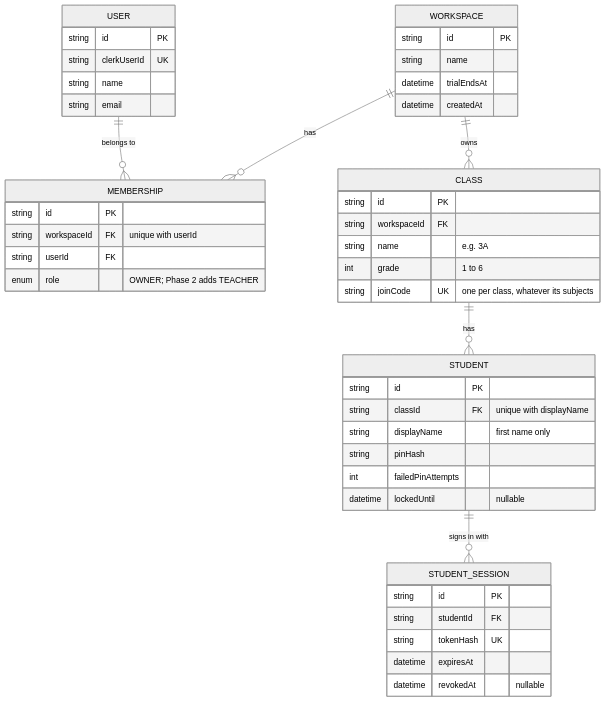
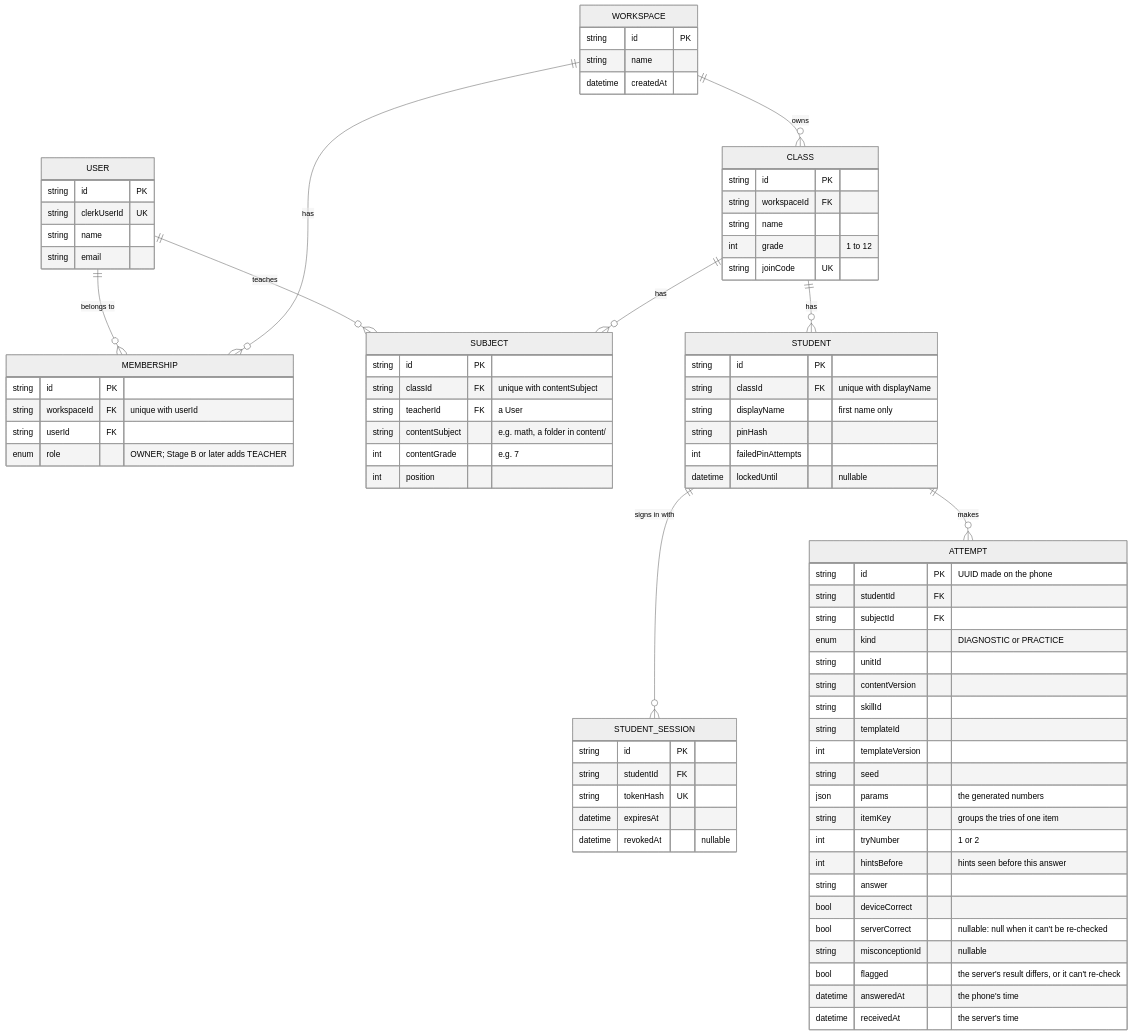
The second of 2 diagrams in docs/plan/02-architecture.md (Majed-RO/darsi), drawn with Mermaid (neutral theme) before and after one commit. The commit also changed other lines of this file and 3 other files, not shown here.

First line of the commit message:
docs: revise the architecture for Stage A (draft v3)

````diff
--- a/docs/plan/02-architecture.md
+++ b/docs/plan/02-architecture.md
@@ -119,49 +124,82 @@
 ```mermaid
 erDiagram
   USER ||--o{ MEMBERSHIP : "belongs to"
   WORKSPACE ||--o{ MEMBERSHIP : has
   WORKSPACE ||--o{ "CLASS" : owns
+  USER ||--o{ SUBJECT : teaches
+  "CLASS" ||--o{ SUBJECT : has
   "CLASS" ||--o{ STUDENT : has
   STUDENT ||--o{ STUDENT_SESSION : "signs in with"
+  STUDENT ||--o{ ATTEMPT : makes
 
   USER {
     string id PK
     string clerkUserId UK
     string name
     string email
   }
   WORKSPACE {
     string id PK
     string name
-    datetime trialEndsAt
     datetime createdAt
   }
   MEMBERSHIP {
     string id PK
     string workspaceId FK "unique with userId"
     string userId FK
-    enum role "OWNER; Phase 2 adds TEACHER"
+    enum role "OWNER; Stage B or later adds TEACHER"
   }
   "CLASS" {
     string id PK
     string workspaceId FK
-    string name "e.g. 3A"
-    int grade "1 to 6"
-    string joinCode UK "one per class, whatever its subjects"
+    string name
+    int grade "1 to 12"
+    string joinCode UK
+  }
+  SUBJECT {
+    string id PK
+    string classId FK "unique with contentSubject"
+    string teacherId FK "a User"
+    string contentSubject "e.g. math, a folder in content/"
+    int contentGrade "e.g. 7"
+    int position
   }
   STUDENT {
     string id PK
     string classId FK "unique with displayName"
     string displayName "first name only"
     string pinHash
     int failedPinAttempts
     datetime lockedUntil "nullable"
   }
   STUDENT_SESSION {
     string id PK
     string studentId FK
     string tokenHash UK
     datetime expiresAt
     datetime revokedAt "nullable"
   }
+  ATTEMPT {
+    string id PK "UUID made on the phone"
+    string studentId FK
+    string subjectId FK
+    enum kind "DIAGNOSTIC or PRACTICE"
+    string unitId
+    string contentVersion
+    string skillId
+    string templateId
+    int templateVersion
+    string seed
+    json params "the generated numbers"
+    string itemKey "groups the tries of one item"
+    int tryNumber "1 or 2"
+    int hintsBefore "hints seen before this answer"
+    string answer
+    bool deviceCorrect
+    bool serverCorrect "nullable: null when it can't be re-checked"
+    string misconceptionId "nullable"
+    bool flagged "the server's result differs, or it can't re-check"
+    datetime answeredAt "the phone's time"
+    datetime receivedAt "the server's time"
+  }
 ```
````
